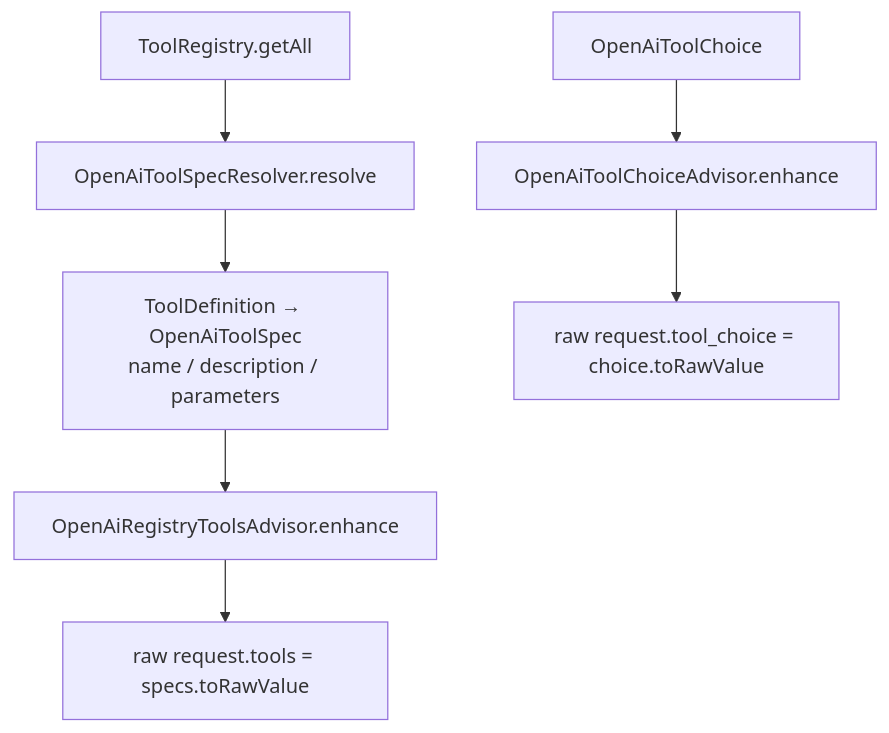
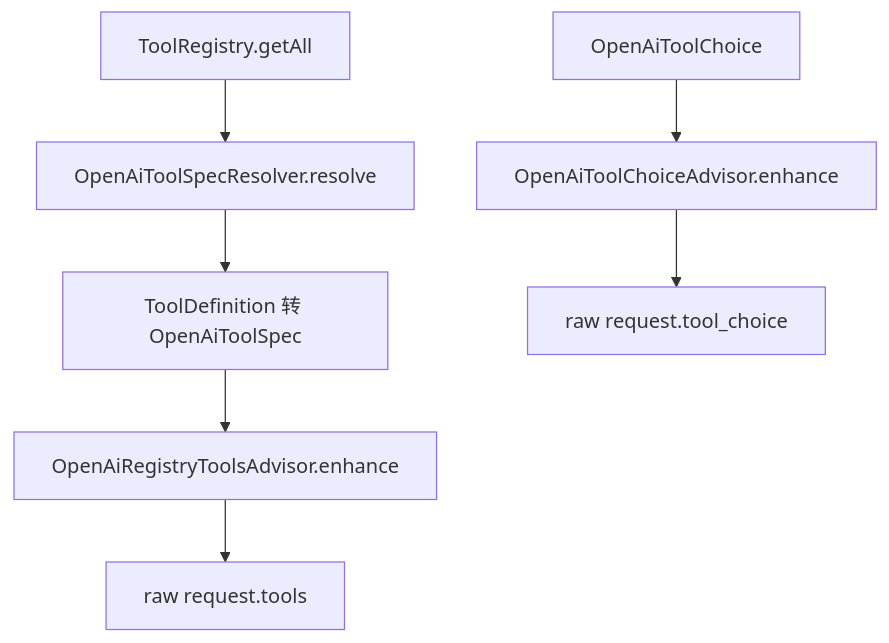
One commit to Halcyonsong/liteagent-template changed the fourth of 4 diagrams in docs/openai-compatible-chat.md. Above: the diagram before and after it, drawn with Mermaid. The commit also changed other lines of this file and 86 other files, not shown here.

````diff
--- a/docs/openai-compatible-chat.md
+++ b/docs/openai-compatible-chat.md
@@ -180,9 +146,9 @@
 ```mermaid
 flowchart TD
     T6[ToolRegistry.getAll] --> R1[OpenAiToolSpecResolver.resolve]
-    R1 --> R2[ToolDefinition → OpenAiToolSpec<br/>name / description / parameters]
+    R1 --> R2[ToolDefinition 转 OpenAiToolSpec]
     R2 --> R3[OpenAiRegistryToolsAdvisor.enhance]
-    R3 --> R4["raw request.tools = specs.toRawValue"]
+    R3 --> R4[raw request.tools]
     C1[OpenAiToolChoice] --> C2[OpenAiToolChoiceAdvisor.enhance]
-    C2 --> C3["raw request.tool_choice = choice.toRawValue"]
+    C2 --> C3[raw request.tool_choice]
 ```
````
